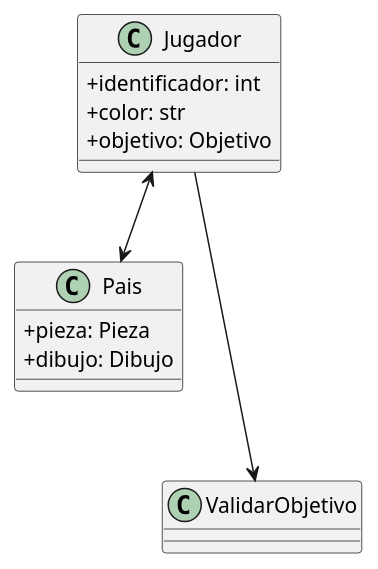
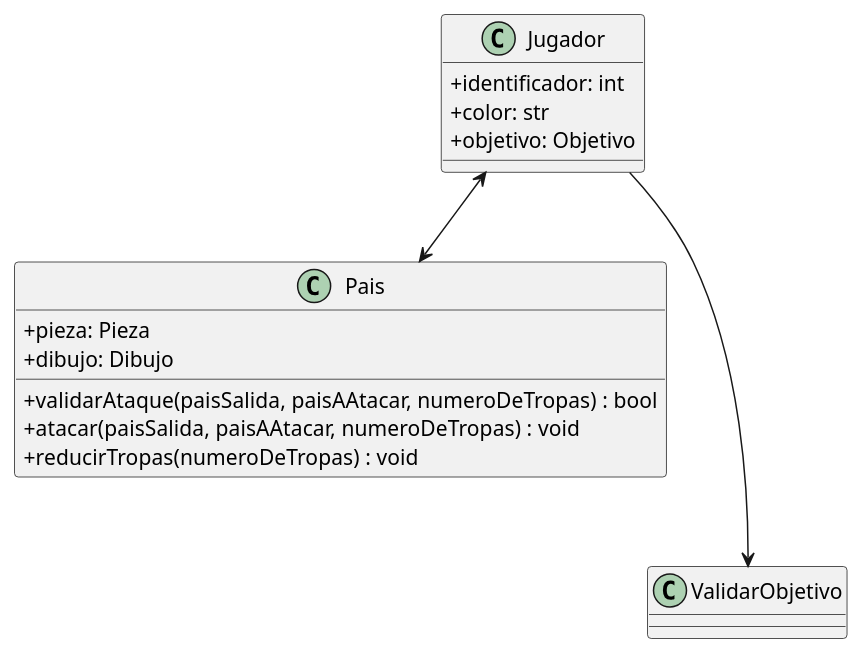
The diagram in diagramas/diagramaCalseJugador.plantuml (tomasshiao/TP2_Algo3), drawn with PlantUML before and after one commit. The commit also changed 4 other files, not shown here.

```diff
--- a/diagramas/diagramaCalseJugador.plantuml
+++ b/diagramas/diagramaCalseJugador.plantuml
@@ -1,21 +1,27 @@
 @startuml
 skinparam classAttributeIconSize 0
 
 class Jugador{
     +identificador: int 
     +color: str 
     +objetivo: Objetivo 
 
 }
 
 class Pais{
     +pieza: Pieza
     +dibujo: Dibujo
+
+    
+    + validarAtaque(paisSalida, paisAAtacar, numeroDeTropas) : bool
+    + atacar(paisSalida, paisAAtacar, numeroDeTropas) : void
+    + reducirTropas(numeroDeTropas) : void
 }
+
 class ValidarObjetivo{}
 
 
 Jugador <--> Pais
 Jugador--->ValidarObjetivo
 
 @enduml
```
